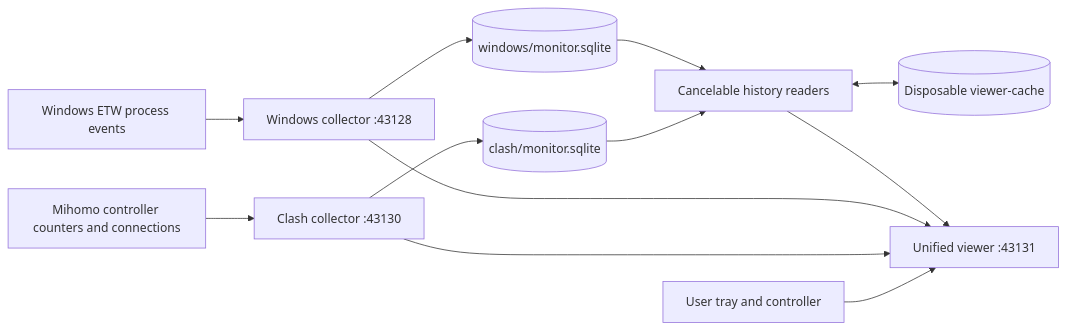
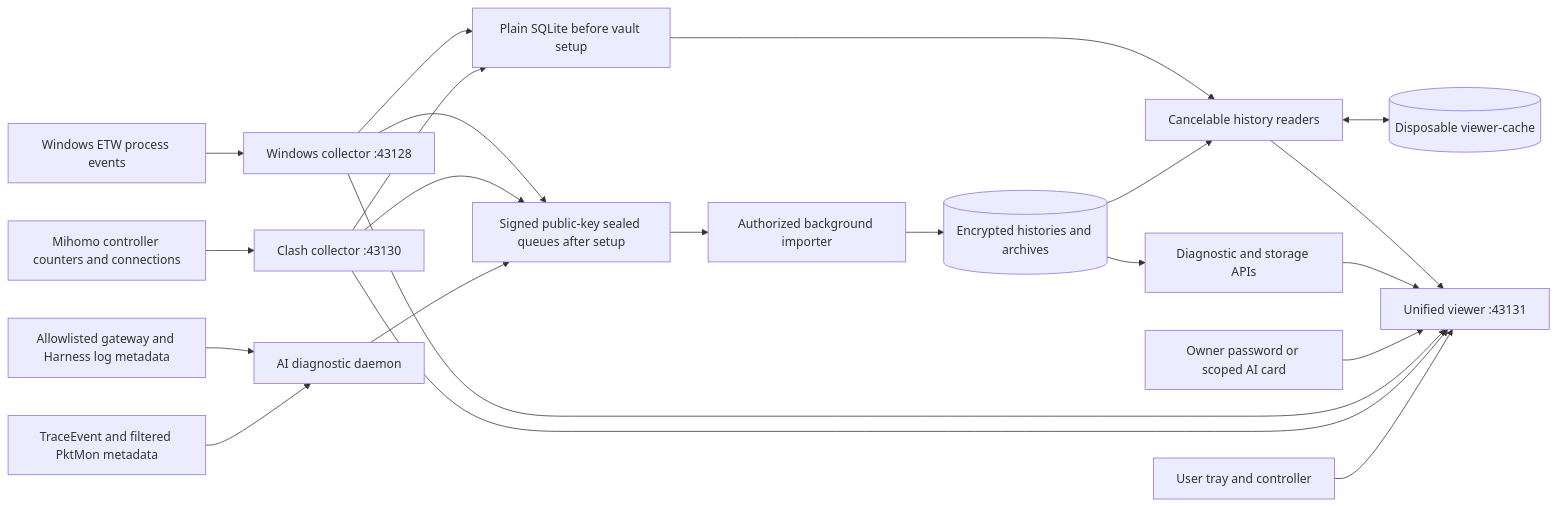
One commit to xxuxiaoo/trafficwatch changed the diagram in docs/ARCHITECTURE.md. Above: the diagram before and after it, drawn with Mermaid. The commit also changed other lines of this file and 104 other files, not shown here.

First line of the commit message:
feat: add encrypted history, AI diagnostics and faster traffic views

````diff
--- a/docs/ARCHITECTURE.md
+++ b/docs/ARCHITECTURE.md
@@ -3,14 +3,24 @@
 ```mermaid
 flowchart LR
   ETW[Windows ETW process events] --> W[Windows collector :43128]
   M[Mihomo controller counters and connections] --> C[Clash collector :43130]
-  W --> WD[(windows/monitor.sqlite)]
-  C --> CD[(clash/monitor.sqlite)]
-  WD --> R[Cancelable history readers]
-  CD --> R
+  W --> P[Plain SQLite before vault setup]
+  C --> P
+  W --> Q[Signed public-key sealed queues after setup]
+  C --> Q
+  L[Allowlisted gateway and Harness log metadata] --> D[AI diagnostic daemon]
+  N[TraceEvent and filtered PktMon metadata] --> D
+  D --> Q
+  Q --> I[Authorized background importer]
+  I --> E[(Encrypted histories and archives)]
+  P --> R[Cancelable history readers]
+  E --> R
+  E --> A[Diagnostic and storage APIs]
   R <--> RC[(Disposable viewer-cache)]
   R --> U[Unified viewer :43131]
+  A --> U
+  V[Owner password or scoped AI card] --> U
   W --> U
   C --> U
   T[User tray and controller] --> U
 ```
````
